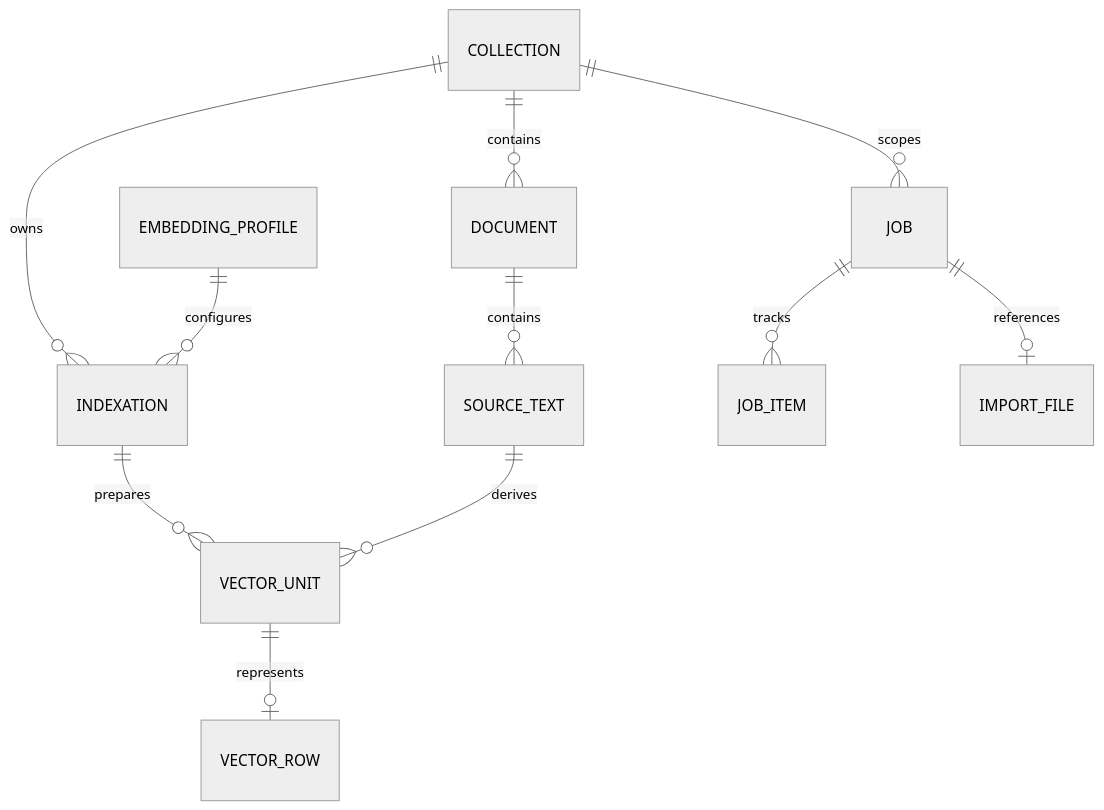
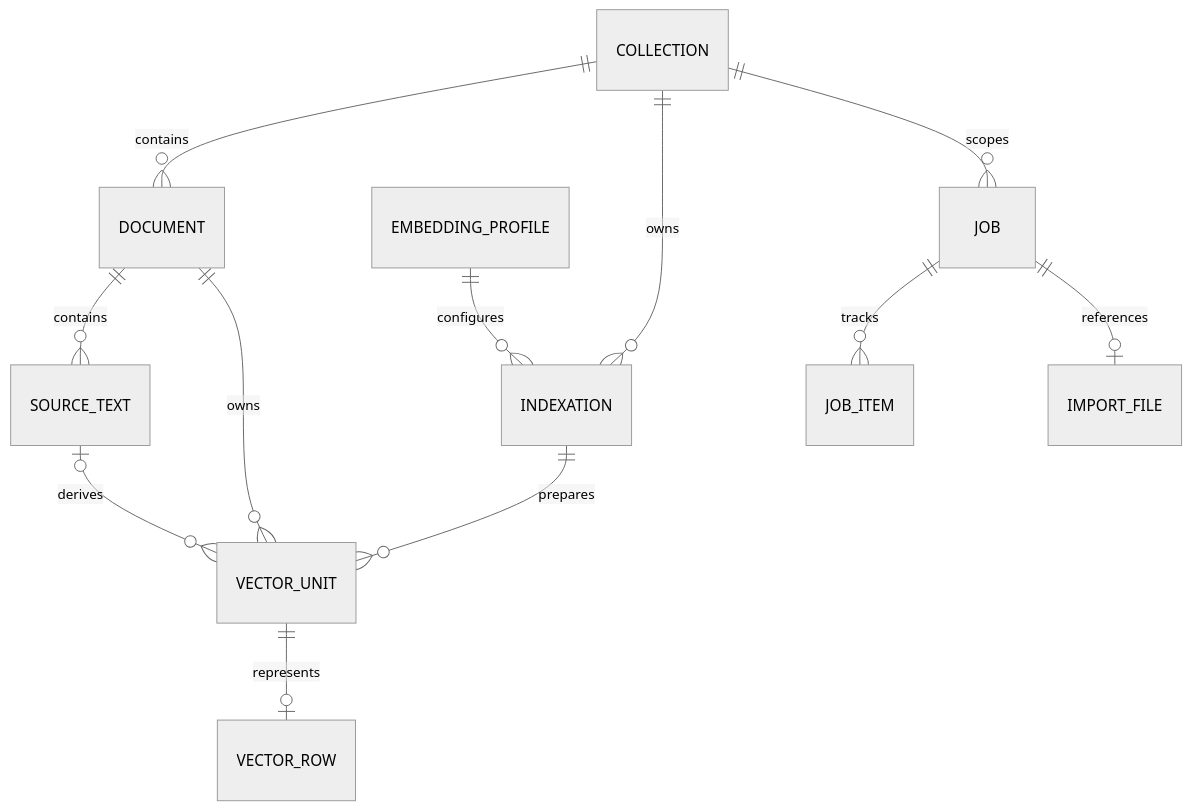
The third of 4 diagrams in docs/lareferencia-embedding-service-architecture.md (LA-Referencia-IOI/lareferencia-embedding-service), drawn with Mermaid (neutral theme) before and after one commit. The commit also changed other lines of this file and 46 other files, not shown here.

````diff
--- a/docs/lareferencia-embedding-service-architecture.md
+++ b/docs/lareferencia-embedding-service-architecture.md
@@ -72,13 +72,14 @@
 ```mermaid
 erDiagram
     COLLECTION ||--o{ DOCUMENT : contains
     DOCUMENT ||--o{ SOURCE_TEXT : contains
     COLLECTION ||--o{ INDEXATION : owns
     EMBEDDING_PROFILE ||--o{ INDEXATION : configures
     INDEXATION ||--o{ VECTOR_UNIT : prepares
-    SOURCE_TEXT ||--o{ VECTOR_UNIT : derives
+    SOURCE_TEXT o|--o{ VECTOR_UNIT : derives
+    DOCUMENT ||--o{ VECTOR_UNIT : owns
     VECTOR_UNIT ||--o| VECTOR_ROW : represents
     COLLECTION ||--o{ JOB : scopes
     JOB ||--o{ JOB_ITEM : tracks
     JOB ||--o| IMPORT_FILE : references
 ```
````
